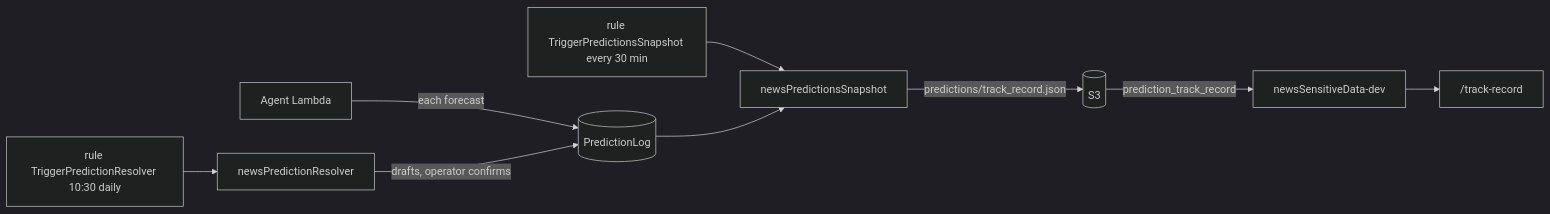
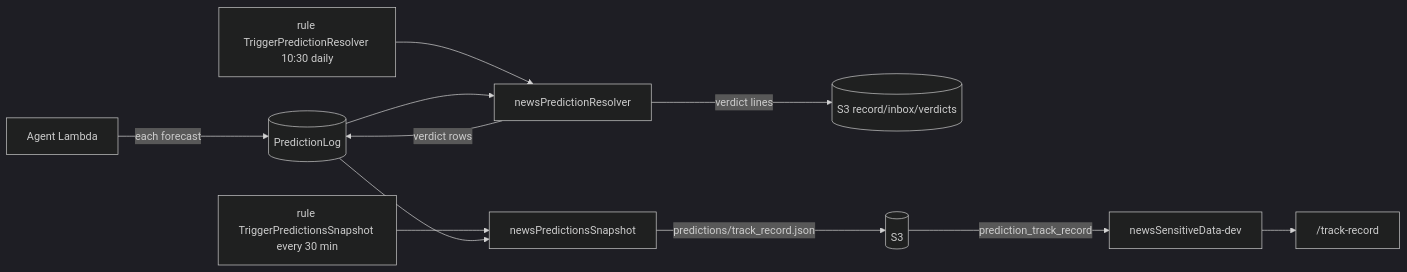
One commit to BenBen05059997/globalPerspective-v1 changed the fifth of 7 diagrams in project-docs/architecture/ARCHITECTURE.md. Above: the diagram before and after it, drawn with Mermaid (dark theme). The commit also changed other lines of this file, not shown here.

First line of the commit message:
Rewrite ARCHITECTURE as a clean current map: review live, resolver runs the forecast loop, board is the only view reader, no pipeline alarms

````diff
--- a/project-docs/architecture/ARCHITECTURE.md
+++ b/project-docs/architecture/ARCHITECTURE.md
@@ -288,11 +188,13 @@
 ```mermaid
 flowchart LR
   ag[Agent Lambda] -->|each forecast| pl[(PredictionLog)]
   r[rule TriggerPredictionResolver 10:30 daily] --> pr[newsPredictionResolver]
-  pr -->|drafts, operator confirms| pl
+  pl --> pr
+  pr -->|verdict rows| pl
+  pr -->|verdict lines| ib[(S3 record/inbox/verdicts)]
   q[rule TriggerPredictionsSnapshot every 30 min] --> sn[newsPredictionsSnapshot]
   pl --> sn
   sn -->|predictions/track_record.json| s3[(S3)]
   s3 -->|prediction_track_record| px[newsSensitiveData-dev]
   px --> tp["/track-record"]
 ```
````
